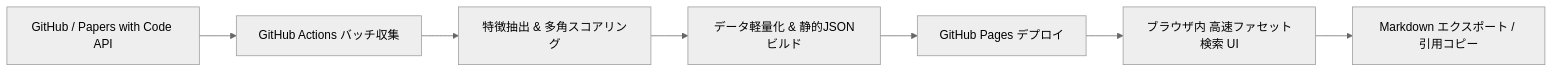
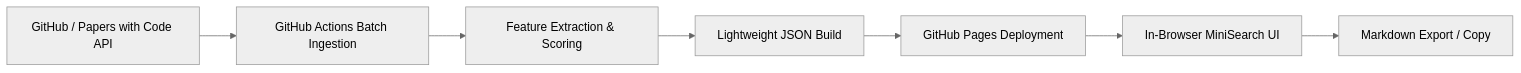
Before and after one commit to xzyozi/ScholarRepo-Finder: the diagram in README.md, drawn with Mermaid (neutral theme). The commit also changed other lines of this file and 2 other files, not shown here.

````diff
--- a/README.md
+++ b/README.md
@@ -29,9 +29,9 @@
 ```mermaid
 flowchart LR
-    A[GitHub / Papers with Code API] --> B[GitHub Actions バッチ収集]
-    B --> C[特徴抽出 & 多角スコアリング]
-    C --> D[データ軽量化 & 静的JSONビルド]
-    D --> E[GitHub Pages デプロイ]
-    E --> F[ブラウザ内 高速ファセット検索 UI]
-    F --> G[Markdown エクスポート / 引用コピー]
+    A[GitHub / Papers with Code API] --> B[GitHub Actions Batch Ingestion]
+    B --> C[Feature Extraction & Scoring]
+    C --> D[Lightweight JSON Build]
+    D --> E[GitHub Pages Deployment]
+    E --> F[In-Browser MiniSearch UI]
+    F --> G[Markdown Export / Copy]
 ```
````
